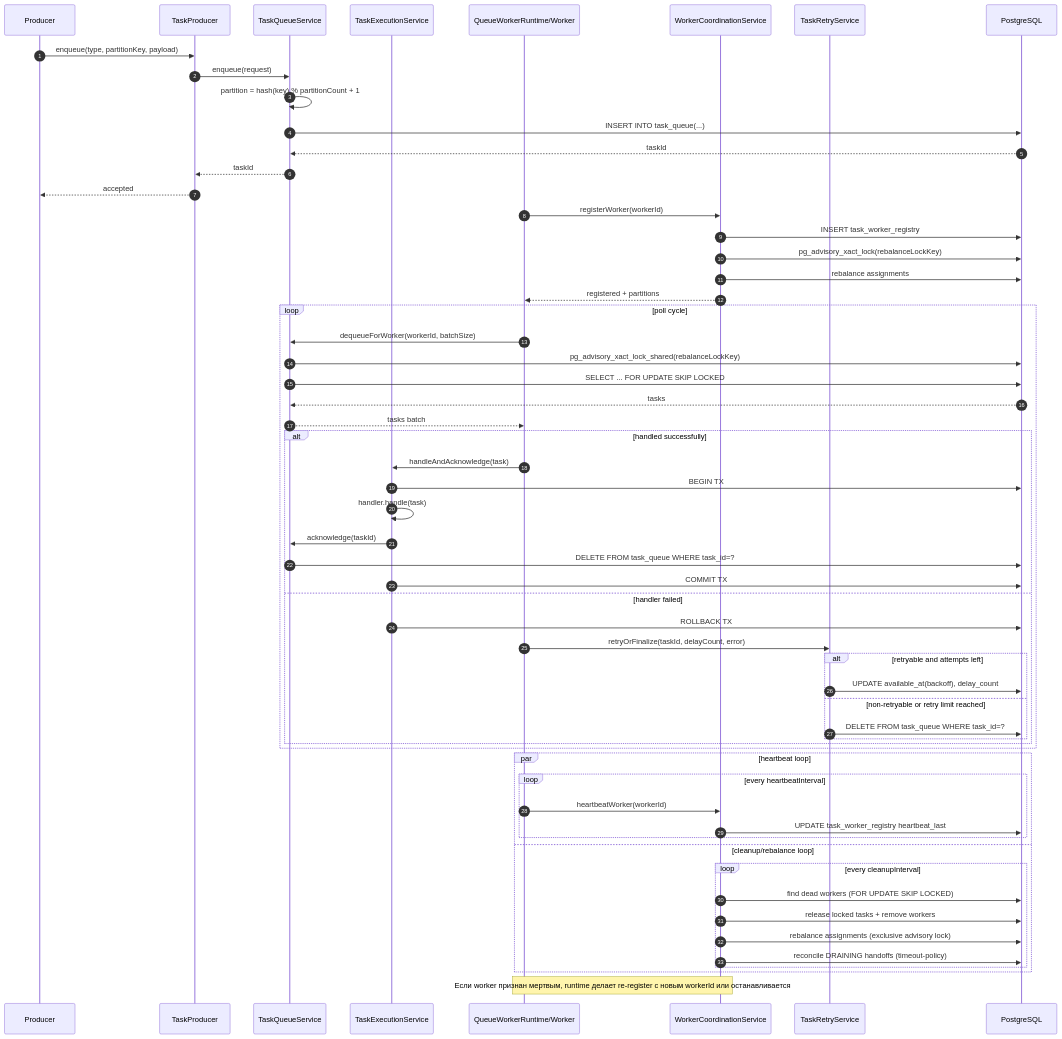
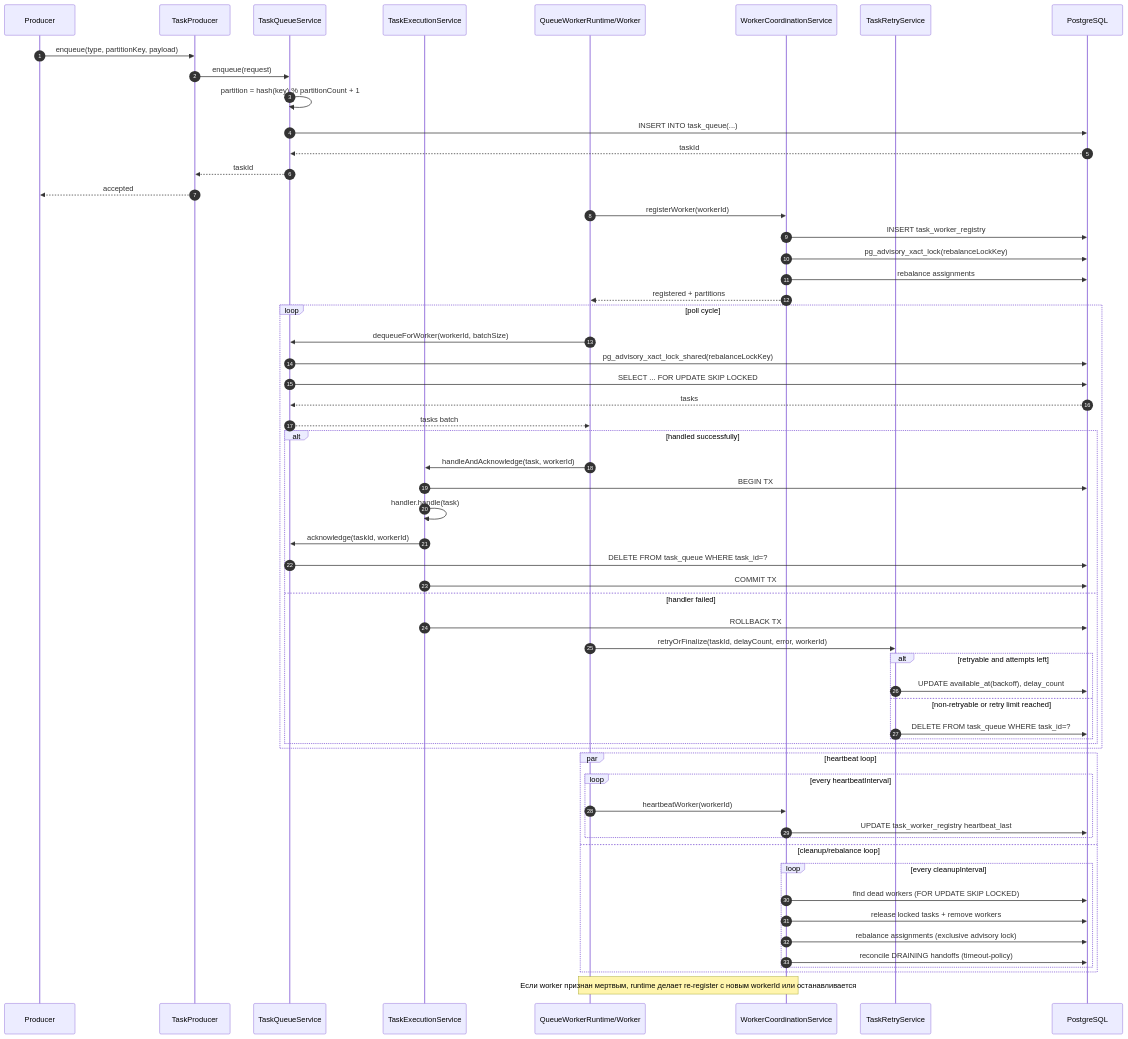
The first of 4 diagrams in docs/task-queue-architecture.md (VladislavVerkh/task-queue-postgres), drawn with Mermaid before and after one commit. The commit also changed other lines of this file and 9 other files, not shown here.

````diff
--- a/docs/task-queue-architecture.md
+++ b/docs/task-queue-architecture.md
@@ -69,65 +70,65 @@
 ```mermaid
 sequenceDiagram
     autonumber
     participant P as Producer
     participant TPS as TaskProducer
     participant TQS as TaskQueueService
     participant TES as TaskExecutionService
     participant W as QueueWorkerRuntime/Worker
     participant WCS as WorkerCoordinationService
     participant RS as TaskRetryService
     participant DB as PostgreSQL
     P ->> TPS: enqueue(type, partitionKey, payload)
     TPS ->> TQS: enqueue(request)
     TQS ->> TQS: partition = hash(key) % partitionCount + 1
     TQS ->> DB: INSERT INTO task_queue(...)
     DB -->> TQS: taskId
     TQS -->> TPS: taskId
     TPS -->> P: accepted
     W ->> WCS: registerWorker(workerId)
     WCS ->> DB: INSERT task_worker_registry
     WCS ->> DB: pg_advisory_xact_lock(rebalanceLockKey)
     WCS ->> DB: rebalance assignments
     WCS -->> W: registered + partitions
 
     loop poll cycle
         W ->> TQS: dequeueForWorker(workerId, batchSize)
         TQS ->> DB: pg_advisory_xact_lock_shared(rebalanceLockKey)
         TQS ->> DB: SELECT ... FOR UPDATE SKIP LOCKED
         DB -->> TQS: tasks
         TQS -->> W: tasks batch
 
         alt handled successfully
-            W ->> TES: handleAndAcknowledge(task)
+            W ->> TES: handleAndAcknowledge(task, workerId)
             TES ->> DB: BEGIN TX
             TES ->> TES: handler.handle(task)
-            TES ->> TQS: acknowledge(taskId)
+            TES ->> TQS: acknowledge(taskId, workerId)
             TQS ->> DB: DELETE FROM task_queue WHERE task_id=?
             TES ->> DB: COMMIT TX
         else handler failed
             TES ->> DB: ROLLBACK TX
-            W ->> RS: retryOrFinalize(taskId, delayCount, error)
+            W ->> RS: retryOrFinalize(taskId, delayCount, error, workerId)
             alt retryable and attempts left
                 RS ->> DB: UPDATE available_at(backoff), delay_count
             else non-retryable or retry limit reached
                 RS ->> DB: DELETE FROM task_queue WHERE task_id=?
             end
         end
     end
 
     par heartbeat loop
         loop every heartbeatInterval
             W ->> WCS: heartbeatWorker(workerId)
             WCS ->> DB: UPDATE task_worker_registry heartbeat_last
         end
     and cleanup/rebalance loop
         loop every cleanupInterval
             WCS ->> DB: find dead workers (FOR UPDATE SKIP LOCKED)
             WCS ->> DB: release locked tasks + remove workers
             WCS ->> DB: rebalance assignments (exclusive advisory lock)
             WCS ->> DB: reconcile DRAINING handoffs (timeout-policy)
         end
     end
 
     Note over W, WCS: Если worker признан мертвым, runtime делает re-register с новым workerId или останавливается
 ```
````
